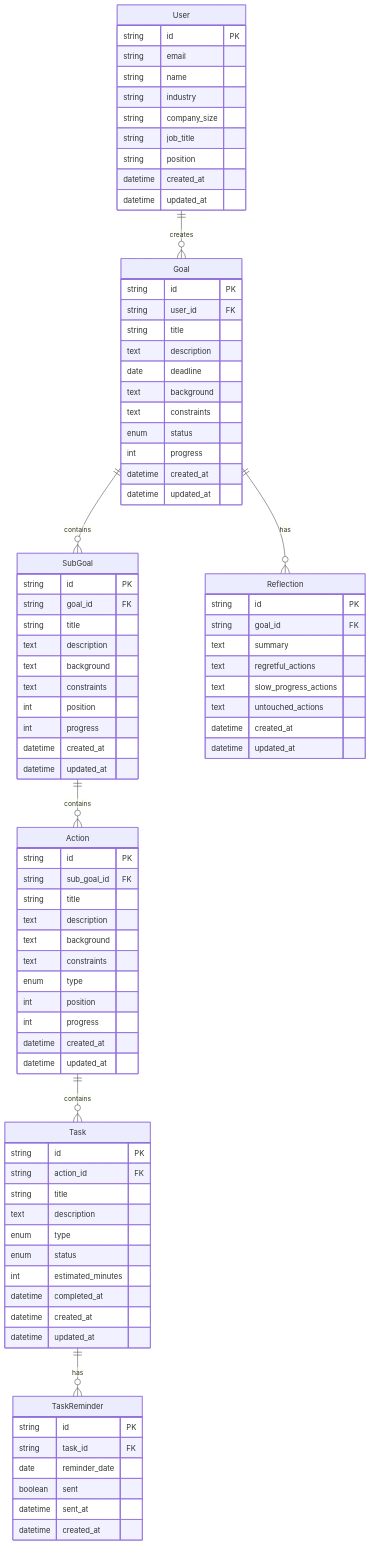
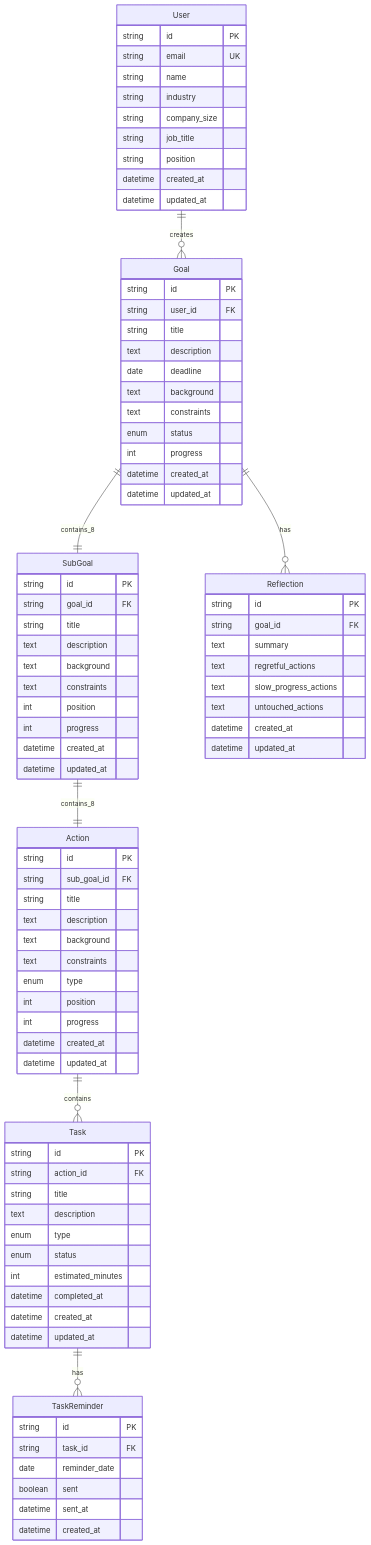
One commit to satoshi256kbyte/goal-mandala changed the diagram in .kiro/steering/6-database-design.md. Above: the diagram before and after it, drawn with Mermaid. The commit also changed other lines of this file and 3 other files, not shown here.

Commit message:
feat: 1.4.1-er-diagram-design

```diff
--- a/.kiro/steering/6-database-design.md
+++ b/.kiro/steering/6-database-design.md
@@ -18,7 +165,7 @@
 erDiagram
     User {
         string id PK
-        string email
+        string email UK
         string name
         string industry
         string company_size
@@ -103,8 +250,8 @@
     }
   
     User ||--o{ Goal : creates
-    Goal ||--o{ SubGoal : contains
-    SubGoal ||--o{ Action : contains
+    Goal ||--|| SubGoal : contains_8
+    SubGoal ||--|| Action : contains_8
     Action ||--o{ Task : contains
     Task ||--o{ TaskReminder : has
     Goal ||--o{ Reflection : has
```
